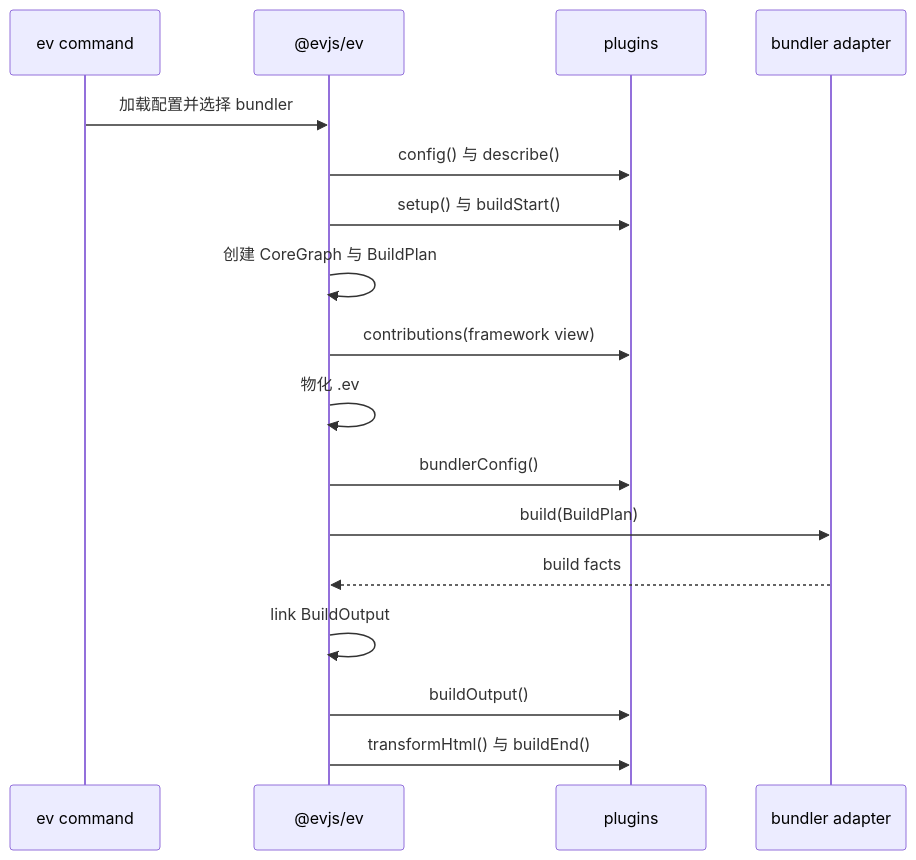
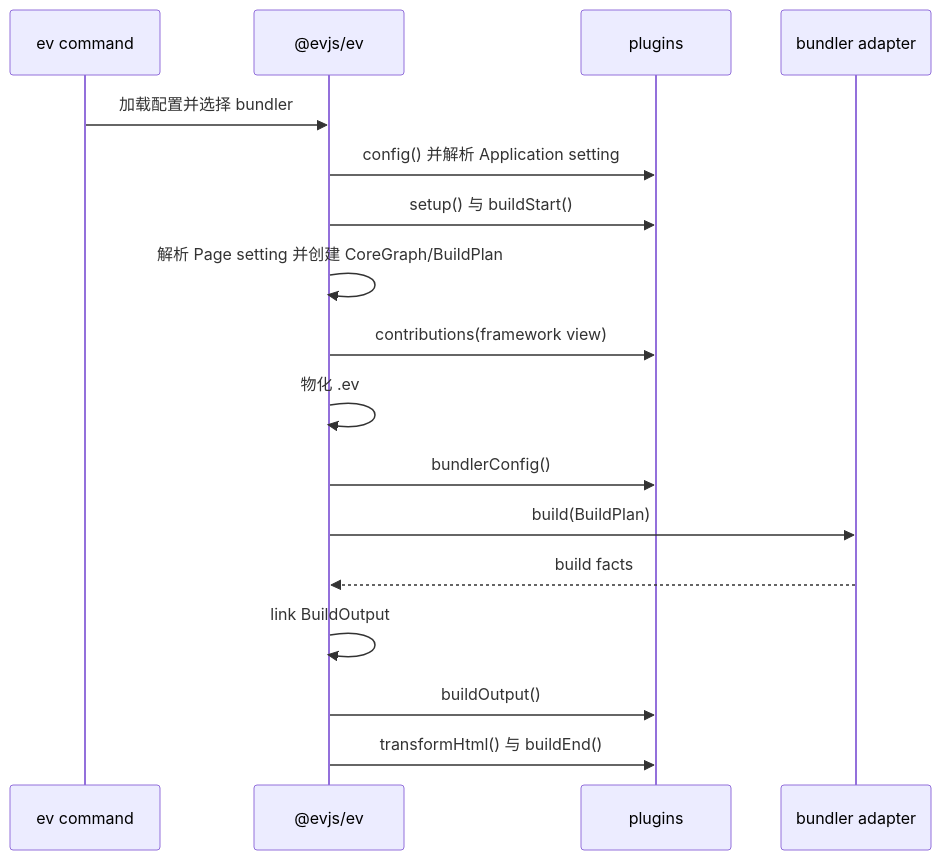
Before and after one commit to afx-team/evjs: the second of 2 diagrams in docs/i18n/zh-Hans/docusaurus-plugin-content-docs/current/architecture.md, drawn with Mermaid. The commit also changed other lines of this file and 128 other files, not shown here.

````diff
--- a/docs/i18n/zh-Hans/docusaurus-plugin-content-docs/current/architecture.md
+++ b/docs/i18n/zh-Hans/docusaurus-plugin-content-docs/current/architecture.md
@@ -87,20 +89,20 @@
 ```mermaid
 sequenceDiagram
   participant CLI as ev command
   participant Core as @evjs/ev
   participant Plugin as plugins
   participant Bundler as bundler adapter
 
   CLI->>Core: 加载配置并选择 bundler
-  Core->>Plugin: config() 与 describe()
+  Core->>Plugin: config() 并解析 Application setting
   Core->>Plugin: setup() 与 buildStart()
-  Core->>Core: 创建 CoreGraph 与 BuildPlan
+  Core->>Core: 解析 Page setting 并创建 CoreGraph/BuildPlan
   Core->>Plugin: contributions(framework view)
   Core->>Core: 物化 .ev
   Core->>Plugin: bundlerConfig()
   Core->>Bundler: build(BuildPlan)
   Bundler-->>Core: build facts
   Core->>Core: link BuildOutput
   Core->>Plugin: buildOutput()
   Core->>Plugin: transformHtml() 与 buildEnd()
 ```
````
